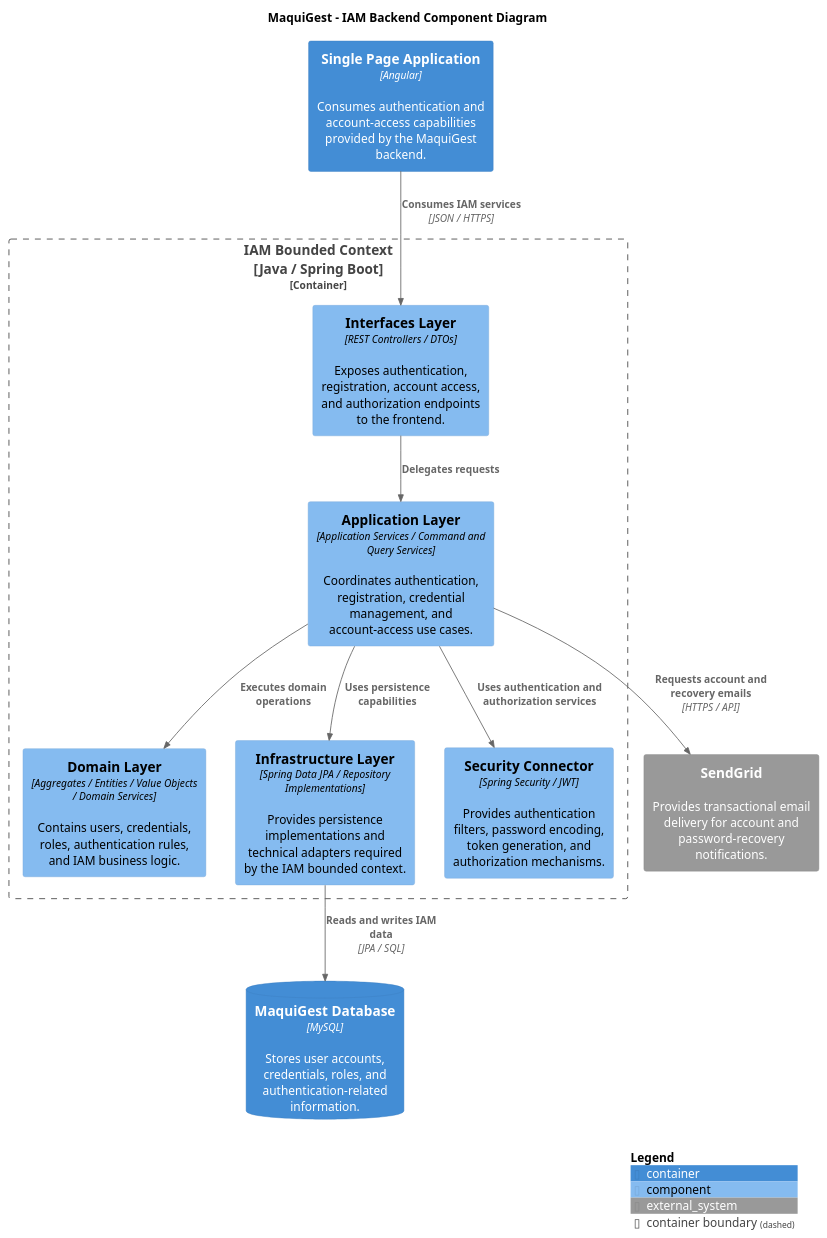
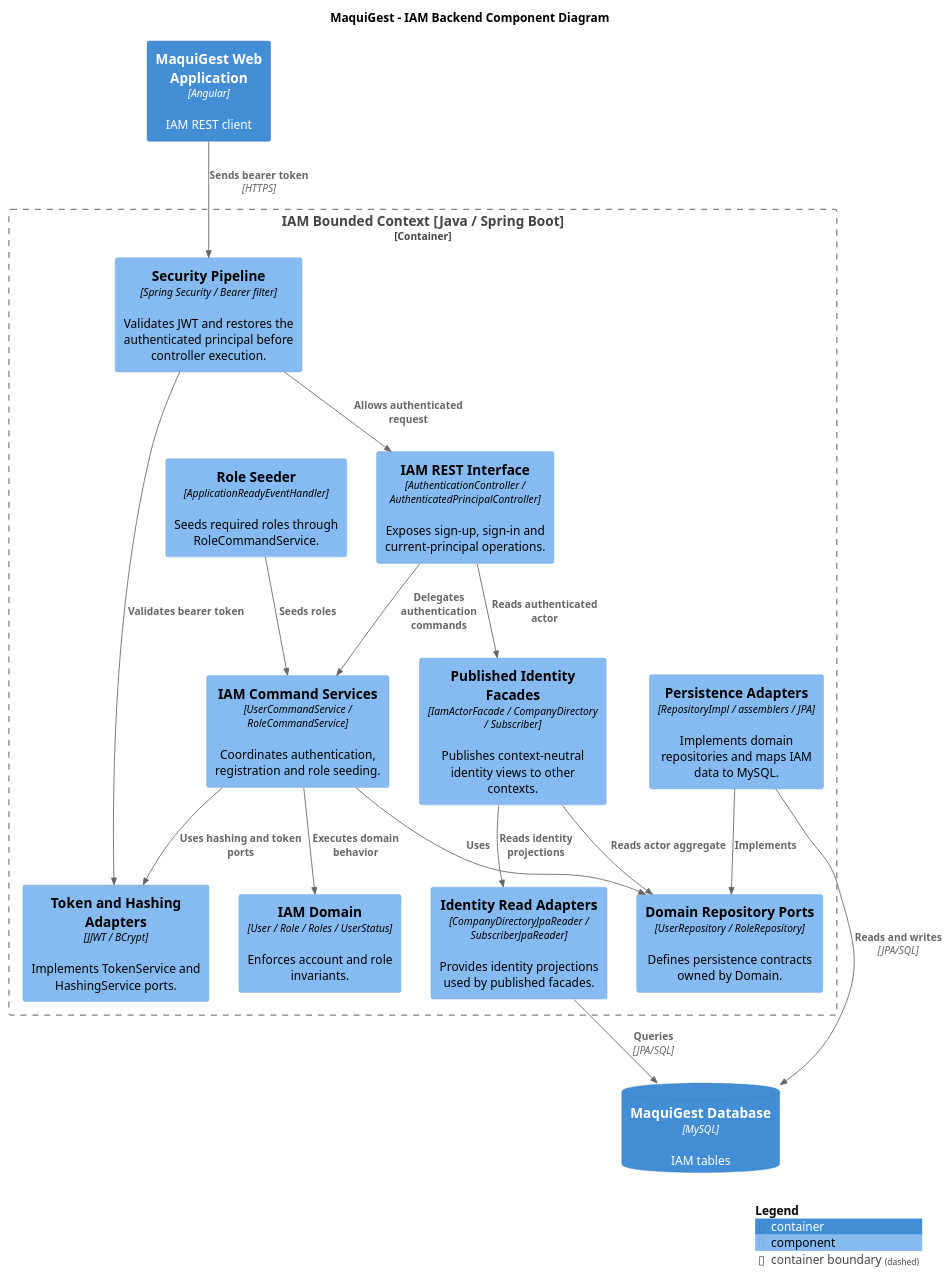
The diagram in assets/plantuml/chapter-4/c4/component/backend/maquigest-backend-iam-component-diagram.puml (upc-pre-202620-1asi0729-7750-cleancode/maquigest-report), drawn with PlantUML before and after one commit. The commit also changed 13 other files, not shown here.

Commit message:
fix(docs): update backend component diagrams assets

```diff
--- a/assets/plantuml/chapter-4/c4/component/backend/maquigest-backend-iam-component-diagram.puml
+++ b/assets/plantuml/chapter-4/c4/component/backend/maquigest-backend-iam-component-diagram.puml
@@ -1,40 +1,33 @@
 @startuml
-
-!include https://raw.githubusercontent.com/plantuml-stdlib/C4-PlantUML/master/C4_Component.puml
-
+!include _includes/C4_Component.puml
 title MaquiGest - IAM Backend Component Diagram
-
-Container(spa, "Single Page Application", "Angular", "Consumes authentication and account-access capabilities provided by the MaquiGest backend.")
-
-Container_Boundary(iamContext, "IAM Bounded Context\n[Java / Spring Boot]") {
-
-    Component(interfacesLayer, "Interfaces Layer", "REST Controllers / DTOs", "Exposes authentication, registration, account access, and authorization endpoints to the frontend.")
-
-    Component(applicationLayer, "Application Layer", "Application Services / Command and Query Services", "Coordinates authentication, registration, credential management, and account-access use cases.")
-
-    Component(domainLayer, "Domain Layer", "Aggregates / Entities / Value Objects / Domain Services", "Contains users, credentials, roles, authentication rules, and IAM business logic.")
-
-    Component(infrastructureLayer, "Infrastructure Layer", "Spring Data JPA / Repository Implementations", "Provides persistence implementations and technical adapters required by the IAM bounded context.")
-
-    Component(securityConnector, "Security Connector", "Spring Security / JWT", "Provides authentication filters, password encoding, token generation, and authorization mechanisms.")
+Container(spa, "MaquiGest Web Application", "Angular", "IAM REST client")
+Container_Boundary(iam, "IAM Bounded Context [Java / Spring Boot]") {
+ Component(security, "Security Pipeline", "Spring Security / Bearer filter", "Validates JWT and restores the authenticated principal before controller execution.")
+ Component(rest, "IAM REST Interface", "AuthenticationController / AuthenticatedPrincipalController", "Exposes sign-up, sign-in and current-principal operations.")
+ Component(commands, "IAM Command Services", "UserCommandService / RoleCommandService", "Coordinates authentication, registration and role seeding.")
+ Component(facades, "Published Identity Facades", "IamActorFacade / CompanyDirectory / Subscriber", "Publishes context-neutral identity views to other contexts.")
+ Component(domain, "IAM Domain", "User / Role / Roles / UserStatus", "Enforces account and role invariants.")
+ Component(repoPorts, "Domain Repository Ports", "UserRepository / RoleRepository", "Defines persistence contracts owned by Domain.")
+ Component(persistence, "Persistence Adapters", "RepositoryImpl / assemblers / JPA", "Implements domain repositories and maps IAM data to MySQL.")
+ Component(identityReaders, "Identity Read Adapters", "CompanyDirectoryJpaReader / SubscriberJpaReader", "Provides identity projections used by published facades.")
+ Component(crypto, "Token and Hashing Adapters", "JJWT / BCrypt", "Implements TokenService and HashingService ports.")
+ Component(seed, "Role Seeder", "ApplicationReadyEventHandler", "Seeds required roles through RoleCommandService.")
 }
-
-ContainerDb(database, "MaquiGest Database", "MySQL", "Stores user accounts, credentials, roles, and authentication-related information.")
-
-System_Ext(sendGrid, "SendGrid", "Provides transactional email delivery for account and password-recovery notifications.")
-
-Rel(spa, interfacesLayer, "Consumes IAM services", "JSON / HTTPS")
-
-Rel(interfacesLayer, applicationLayer, "Delegates requests")
-
-Rel(applicationLayer, domainLayer, "Executes domain operations")
-Rel(applicationLayer, infrastructureLayer, "Uses persistence capabilities")
-Rel(applicationLayer, securityConnector, "Uses authentication and authorization services")
-
-Rel(infrastructureLayer, database, "Reads and writes IAM data", "JPA / SQL")
-
-Rel(applicationLayer, sendGrid, "Requests account and recovery emails", "HTTPS / API")
-
+ContainerDb(db, "MaquiGest Database", "MySQL", "IAM tables")
+Rel(spa, security, "Sends bearer token", "HTTPS")
+Rel(security, rest, "Allows authenticated request")
+Rel(rest, commands, "Delegates authentication commands")
+Rel(rest, facades, "Reads authenticated actor")
+Rel(commands, domain, "Executes domain behavior")
+Rel(commands, repoPorts, "Uses")
+Rel(commands, crypto, "Uses hashing and token ports")
+Rel(facades, repoPorts, "Reads actor aggregate")
+Rel(facades, identityReaders, "Reads identity projections")
+Rel(persistence, repoPorts, "Implements")
+Rel(identityReaders, db, "Queries", "JPA/SQL")
+Rel(persistence, db, "Reads and writes", "JPA/SQL")
+Rel(security, crypto, "Validates bearer token")
+Rel(seed, commands, "Seeds roles")
 SHOW_LEGEND()
-
 @enduml
```
